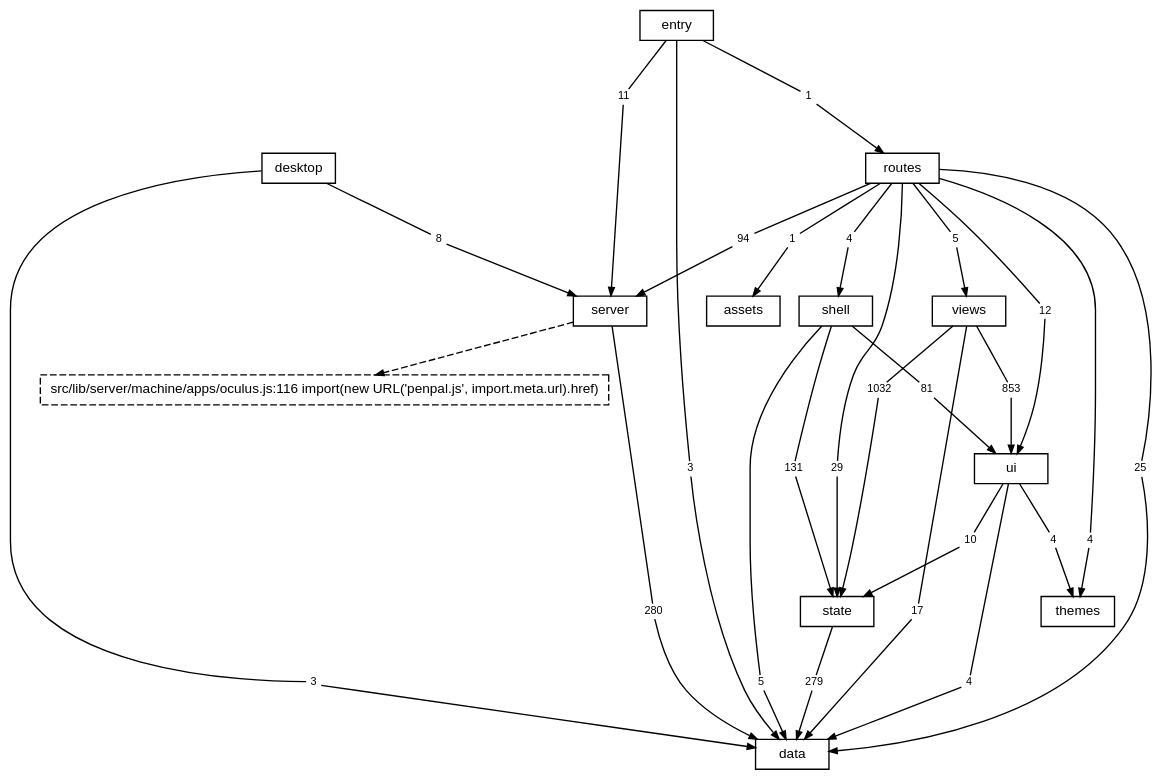
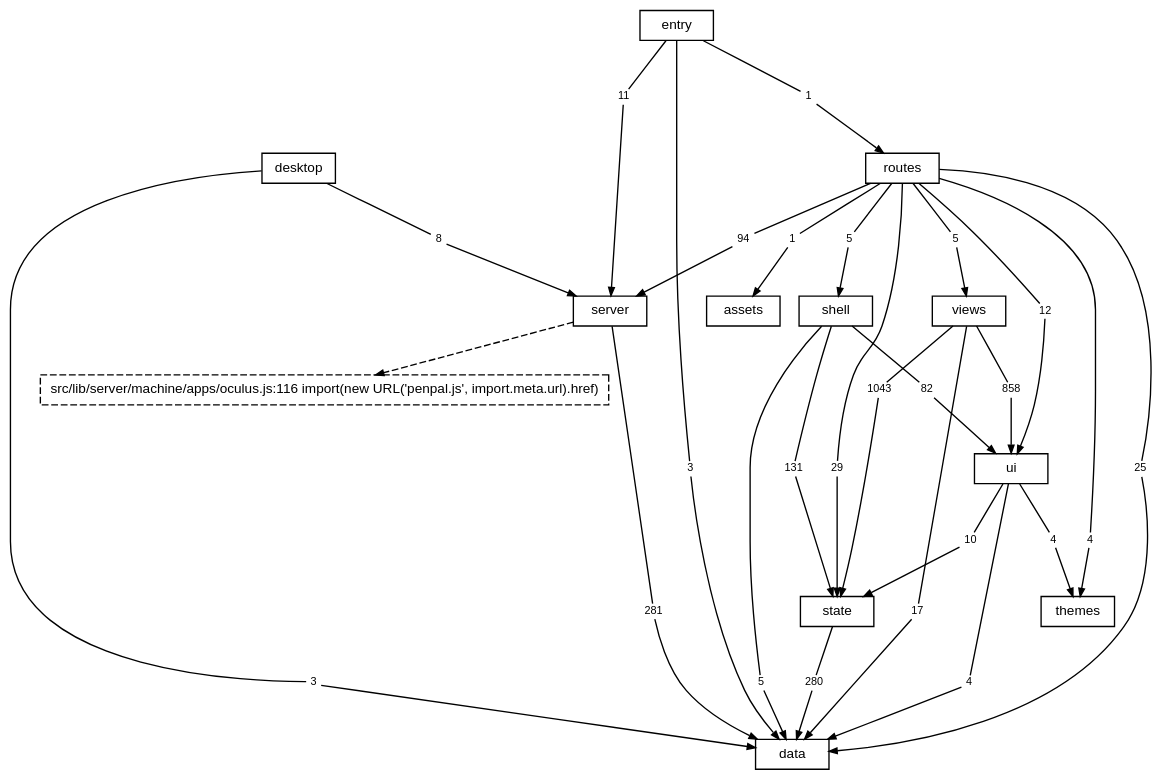
One commit to TheAxeC/oculus changed the diagram in docs/diagrams/layers.dot. Above: the diagram before and after it, drawn with Graphviz. The commit also changed 118 other files, not shown here.

```diff
--- a/docs/diagrams/layers.dot
+++ b/docs/diagrams/layers.dot
@@ -1,90 +1,90 @@
 digraph layers {
     graph [bgcolor="transparent", rankdir=TB, newrank=true, fontname="Helvetica,Arial,sans-serif", fontsize=12, nodesep=0.2, ranksep=0.5];
     node [shape=box, color="black", fontcolor="black", fontname="Helvetica,Arial,sans-serif", fontsize=10, height=0.3, margin="0.12,0.04"];
     edge [color="black", fontcolor="black", fontname="Helvetica,Arial,sans-serif", fontsize=8, arrowsize=0.6];
     "data";
     "server";
     "state";
     "ui";
     "shell";
     "views";
     "themes";
     "routes";
     "desktop";
     "src" [label="entry"];
     "files: assets" [label="assets"];
     "? src/lib/server/machine/apps/oculus.js:116" [label="src/lib/server/machine/apps/oculus.js:116 import(new URL('penpal.js', import.meta.url).href)", style=dashed];
     "desktop to data" [label="3", shape=box, color="transparent", fontsize=8, width=0, height=0, margin="0.04,0.02"];
     "desktop" -> "desktop to data" [arrowhead=none];
     "desktop to data" -> "data" [];
     "desktop to server" [label="8", shape=box, color="transparent", fontsize=8, width=0, height=0, margin="0.04,0.02"];
     "desktop" -> "desktop to server" [arrowhead=none];
     "desktop to server" -> "server" [];
     "routes to data" [label="25", shape=box, color="transparent", fontsize=8, width=0, height=0, margin="0.04,0.02"];
     "routes" -> "routes to data" [arrowhead=none];
     "routes to data" -> "data" [];
     "routes to files: assets" [label="1", shape=box, color="transparent", fontsize=8, width=0, height=0, margin="0.04,0.02"];
     "routes" -> "routes to files: assets" [arrowhead=none];
     "routes to files: assets" -> "files: assets" [];
     "routes to server" [label="94", shape=box, color="transparent", fontsize=8, width=0, height=0, margin="0.04,0.02"];
     "routes" -> "routes to server" [arrowhead=none];
     "routes to server" -> "server" [];
-    "routes to shell" [label="4", shape=box, color="transparent", fontsize=8, width=0, height=0, margin="0.04,0.02"];
+    "routes to shell" [label="5", shape=box, color="transparent", fontsize=8, width=0, height=0, margin="0.04,0.02"];
     "routes" -> "routes to shell" [arrowhead=none];
     "routes to shell" -> "shell" [];
     "routes to state" [label="29", shape=box, color="transparent", fontsize=8, width=0, height=0, margin="0.04,0.02"];
     "routes" -> "routes to state" [arrowhead=none];
     "routes to state" -> "state" [];
     "routes to themes" [label="4", shape=box, color="transparent", fontsize=8, width=0, height=0, margin="0.04,0.02"];
     "routes" -> "routes to themes" [arrowhead=none];
     "routes to themes" -> "themes" [];
     "routes to ui" [label="12", shape=box, color="transparent", fontsize=8, width=0, height=0, margin="0.04,0.02"];
     "routes" -> "routes to ui" [arrowhead=none];
     "routes to ui" -> "ui" [];
     "routes to views" [label="5", shape=box, color="transparent", fontsize=8, width=0, height=0, margin="0.04,0.02"];
     "routes" -> "routes to views" [arrowhead=none];
     "routes to views" -> "views" [];
-    "server to data" [label="280", shape=box, color="transparent", fontsize=8, width=0, height=0, margin="0.04,0.02"];
+    "server to data" [label="281", shape=box, color="transparent", fontsize=8, width=0, height=0, margin="0.04,0.02"];
     "server" -> "server to data" [arrowhead=none];
     "server to data" -> "data" [];
     "shell to data" [label="5", shape=box, color="transparent", fontsize=8, width=0, height=0, margin="0.04,0.02"];
     "shell" -> "shell to data" [arrowhead=none];
     "shell to data" -> "data" [];
     "shell to state" [label="131", shape=box, color="transparent", fontsize=8, width=0, height=0, margin="0.04,0.02"];
     "shell" -> "shell to state" [arrowhead=none];
     "shell to state" -> "state" [];
-    "shell to ui" [label="81", shape=box, color="transparent", fontsize=8, width=0, height=0, margin="0.04,0.02"];
+    "shell to ui" [label="82", shape=box, color="transparent", fontsize=8, width=0, height=0, margin="0.04,0.02"];
     "shell" -> "shell to ui" [arrowhead=none];
     "shell to ui" -> "ui" [];
     "src to data" [label="3", shape=box, color="transparent", fontsize=8, width=0, height=0, margin="0.04,0.02"];
     "src" -> "src to data" [arrowhead=none];
     "src to data" -> "data" [];
     "src to routes" [label="1", shape=box, color="transparent", fontsize=8, width=0, height=0, margin="0.04,0.02"];
     "src" -> "src to routes" [arrowhead=none];
     "src to routes" -> "routes" [];
     "src to server" [label="11", shape=box, color="transparent", fontsize=8, width=0, height=0, margin="0.04,0.02"];
     "src" -> "src to server" [arrowhead=none];
     "src to server" -> "server" [];
-    "state to data" [label="279", shape=box, color="transparent", fontsize=8, width=0, height=0, margin="0.04,0.02"];
+    "state to data" [label="280", shape=box, color="transparent", fontsize=8, width=0, height=0, margin="0.04,0.02"];
     "state" -> "state to data" [arrowhead=none];
     "state to data" -> "data" [];
     "ui to data" [label="4", shape=box, color="transparent", fontsize=8, width=0, height=0, margin="0.04,0.02"];
     "ui" -> "ui to data" [arrowhead=none];
     "ui to data" -> "data" [];
     "ui to state" [label="10", shape=box, color="transparent", fontsize=8, width=0, height=0, margin="0.04,0.02"];
     "ui" -> "ui to state" [arrowhead=none];
     "ui to state" -> "state" [];
     "ui to themes" [label="4", shape=box, color="transparent", fontsize=8, width=0, height=0, margin="0.04,0.02"];
     "ui" -> "ui to themes" [arrowhead=none];
     "ui to themes" -> "themes" [];
     "views to data" [label="17", shape=box, color="transparent", fontsize=8, width=0, height=0, margin="0.04,0.02"];
     "views" -> "views to data" [arrowhead=none];
     "views to data" -> "data" [];
-    "views to state" [label="1032", shape=box, color="transparent", fontsize=8, width=0, height=0, margin="0.04,0.02"];
+    "views to state" [label="1043", shape=box, color="transparent", fontsize=8, width=0, height=0, margin="0.04,0.02"];
     "views" -> "views to state" [arrowhead=none];
     "views to state" -> "state" [];
-    "views to ui" [label="853", shape=box, color="transparent", fontsize=8, width=0, height=0, margin="0.04,0.02"];
+    "views to ui" [label="858", shape=box, color="transparent", fontsize=8, width=0, height=0, margin="0.04,0.02"];
     "views" -> "views to ui" [arrowhead=none];
     "views to ui" -> "ui" [];
     "server" -> "? src/lib/server/machine/apps/oculus.js:116" [style=dashed];
 }
```
